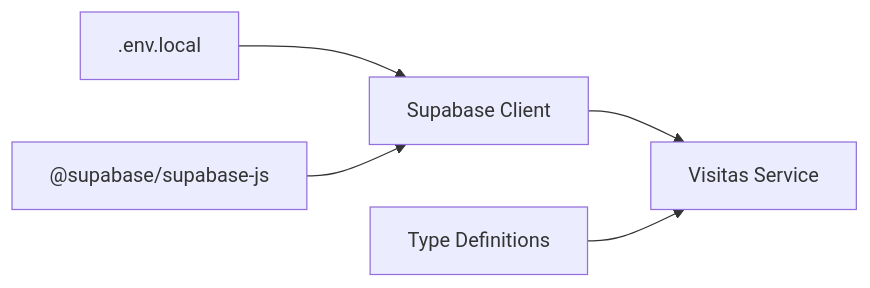
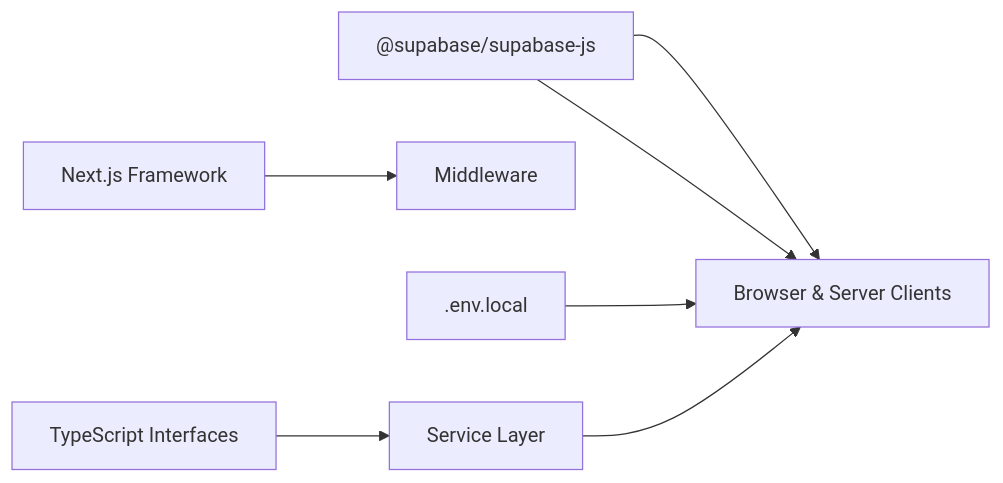
Before and after one commit to AgusCatra/simu-twin-web: the third of 3 diagrams in .qoder/repowiki/en/content/Core Services & Business Logic/Supabase Client Configuration.md, drawn with Mermaid. The commit also changed other lines of this file and 16 other files, not shown here.

````diff
--- a/.qoder/repowiki/en/content/Core Services & Business Logic/Supabase Client Configuration.md
+++ b/.qoder/repowiki/en/content/Core Services & Business Logic/Supabase Client Configuration.md
@@ -202,7 +246,9 @@
 ```mermaid
 graph LR
-Env[".env.local"] --> Client["Supabase Client"]
-Client --> Service["Visitas Service"]
-Types["Type Definitions"] --> Service
+Package["@supabase/ssr"] --> Client["Browser & Server Clients"]
 Package["@supabase/supabase-js"] --> Client
+NextJS["Next.js Framework"] --> Middleware
+Env[".env.local"] --> Client
+Types["TypeScript Interfaces"] --> Services
+Services["Service Layer"] --> Client
 ```
````
